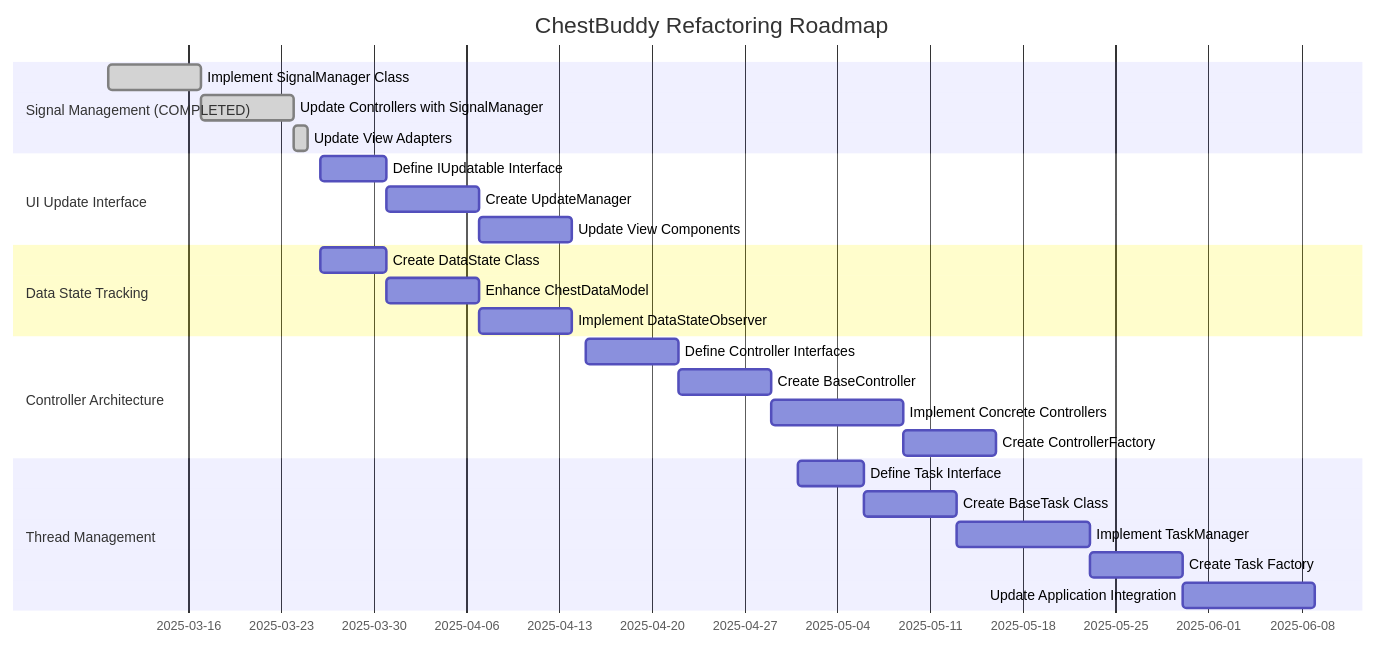
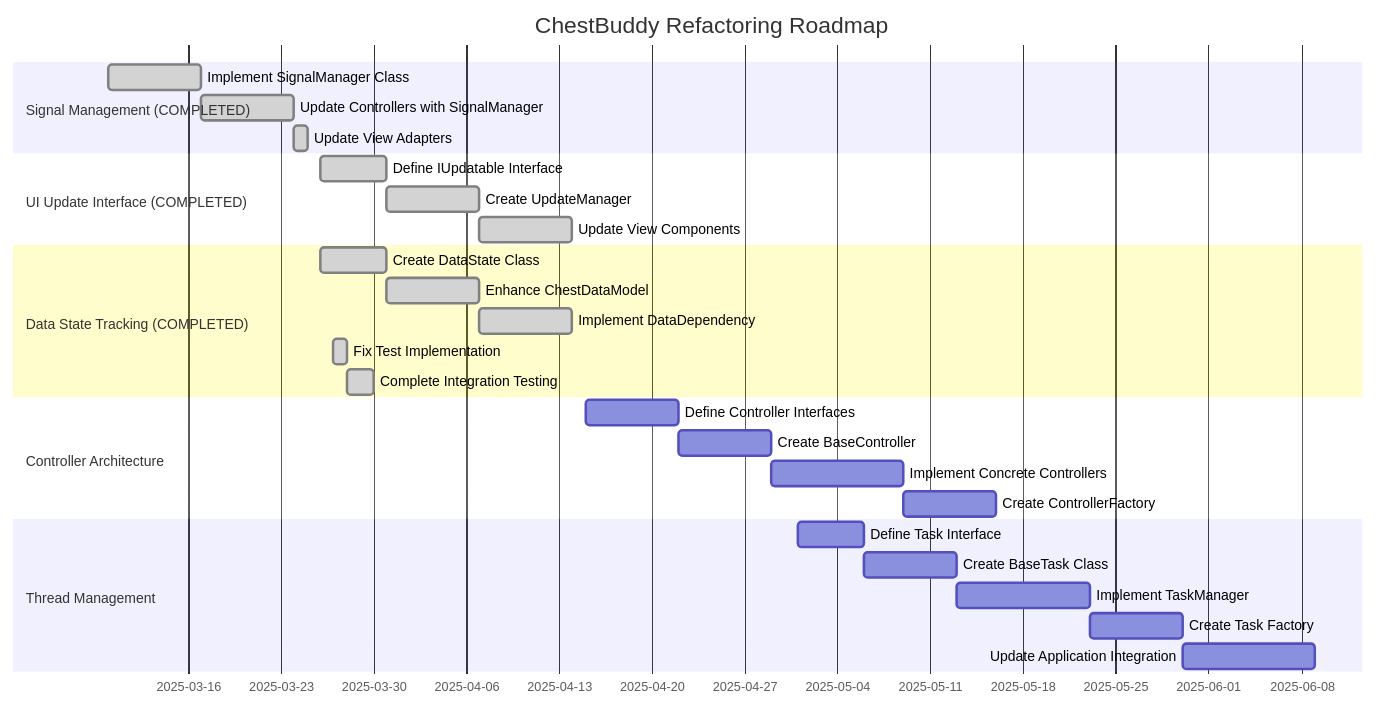
The diagram in plans/implementation_roadmap.md (LinkesAuge/ChestBuddy), drawn with Mermaid before and after one commit. The commit also changed other lines of this file and 51 other files, not shown here.

````diff
--- a/plans/implementation_roadmap.md
+++ b/plans/implementation_roadmap.md
@@ -7,32 +7,34 @@
 ```mermaid
 gantt
     title ChestBuddy Refactoring Roadmap
     dateFormat  YYYY-MM-DD
     section Signal Management (COMPLETED)
     Implement SignalManager Class           :done, phase1, 2025-03-10, 7d
     Update Controllers with SignalManager   :done, phase5, 2025-03-17, 7d
     Update View Adapters                    :done, phase9, 2025-03-24, 1d
     
-    section UI Update Interface
-    Define IUpdatable Interface             :phase2, 2025-03-26, 5d
-    Create UpdateManager                    :phase6, after phase2, 7d
-    Update View Components                  :phase10, after phase6, 7d
+    section UI Update Interface (COMPLETED)
+    Define IUpdatable Interface             :done, phase2, 2025-03-26, 5d
+    Create UpdateManager                    :done, phase6, after phase2, 7d
+    Update View Components                  :done, phase10, after phase6, 7d
     
-    section Data State Tracking
-    Create DataState Class                  :phase3, 2025-03-26, 5d
-    Enhance ChestDataModel                  :phase7, after phase3, 7d
-    Implement DataStateObserver             :phase11, after phase7, 7d
+    section Data State Tracking (COMPLETED)
+    Create DataState Class                  :done, phase3, 2025-03-26, 5d
+    Enhance ChestDataModel                  :done, phase7, after phase3, 7d
+    Implement DataDependency                :done, phase11, after phase7, 7d
+    Fix Test Implementation                 :done, phase11a, 2025-03-27, 1d
+    Complete Integration Testing            :done, phase11b, after phase11a, 2d
     
     section Controller Architecture
     Define Controller Interfaces            :phase4, 2025-04-15, 7d
     Create BaseController                   :phase8, after phase4, 7d
     Implement Concrete Controllers          :phase12, after phase8 phase11, 10d
     Create ControllerFactory                :phase13, after phase12, 7d
     
     section Thread Management
     Define Task Interface                   :phase14, 2025-05-01, 5d
     Create BaseTask Class                   :phase15, after phase14, 7d
     Implement TaskManager                   :phase16, after phase15, 10d
     Create Task Factory                     :phase17, after phase16, 7d
     Update Application Integration          :phase18, after phase13 phase17, 10d
 ```
````
